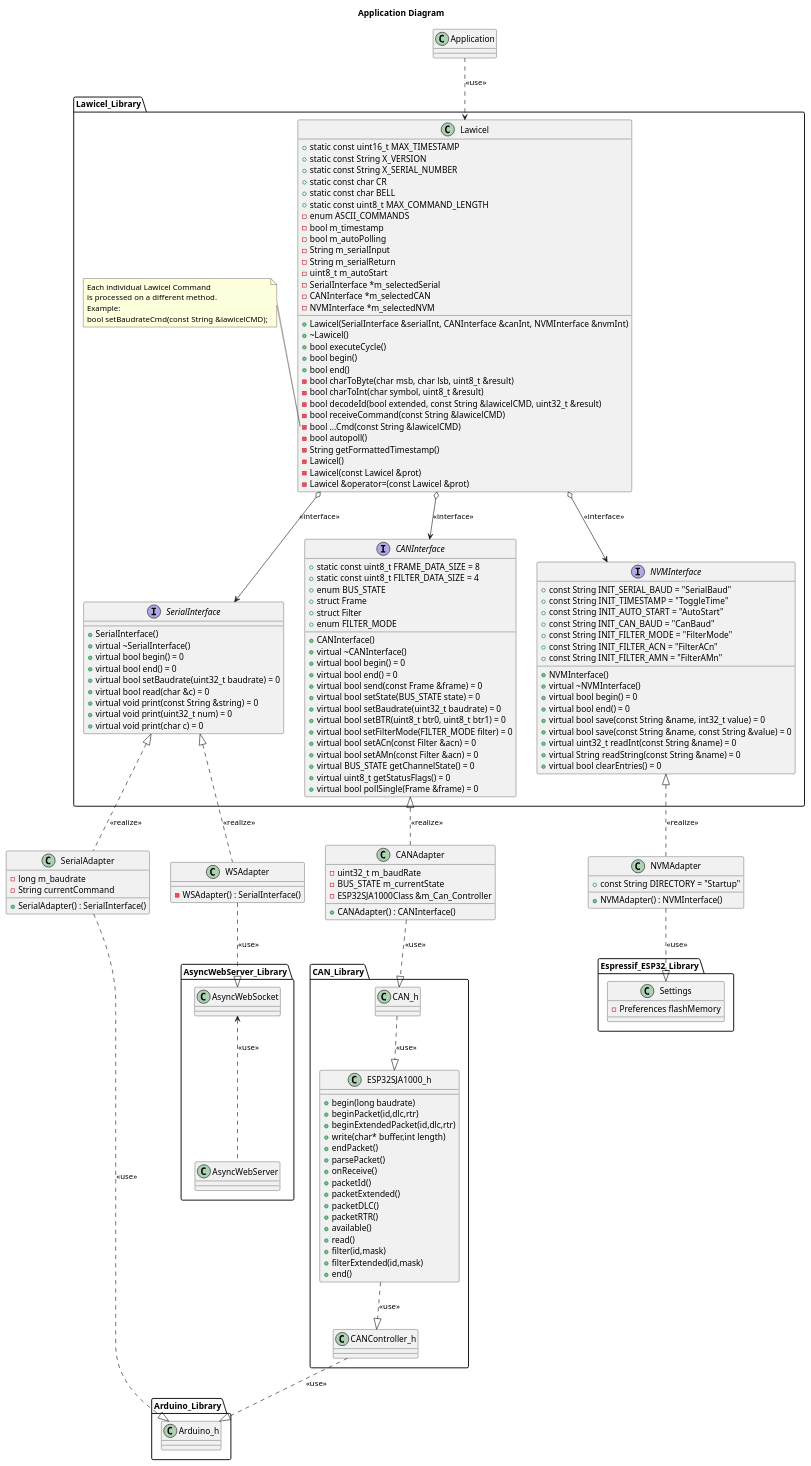
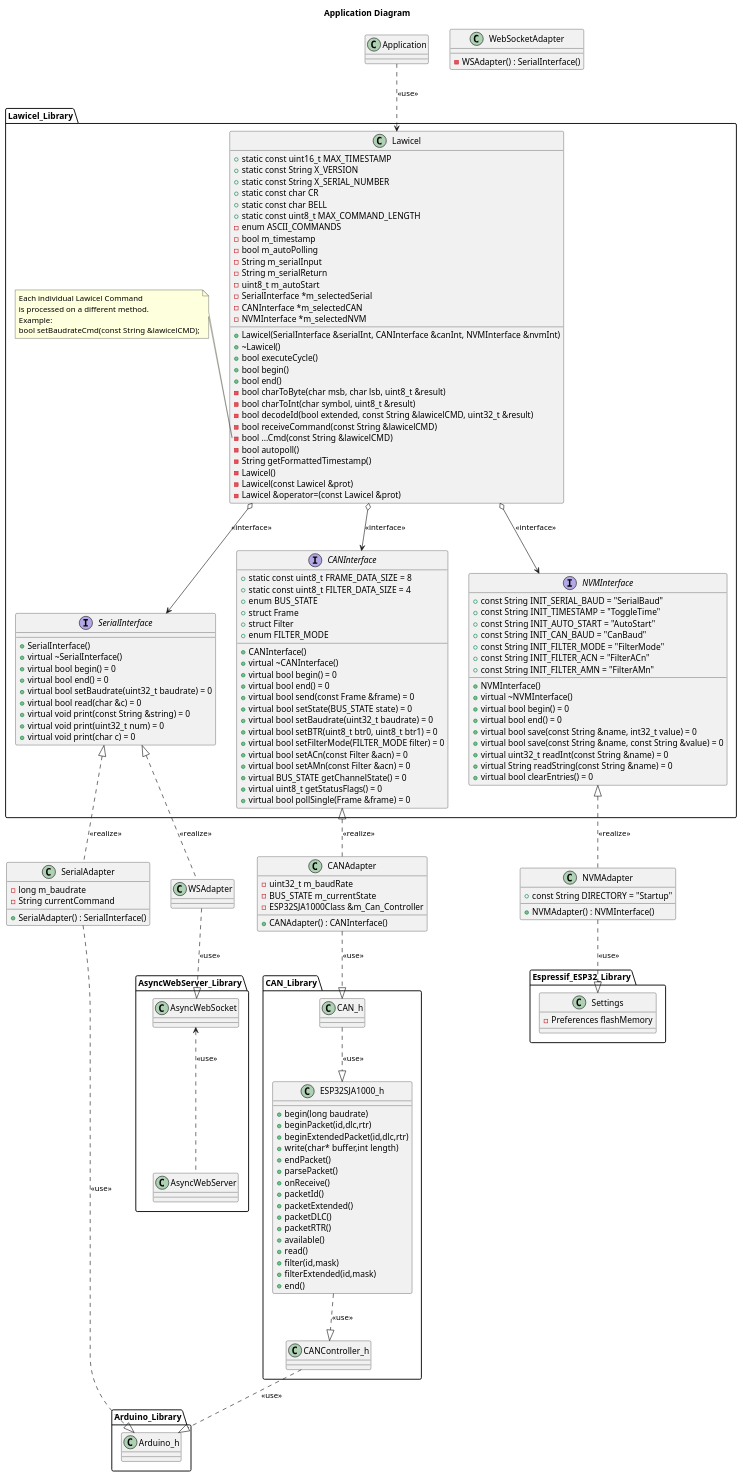
The diagram in Coding/fw/doc/design/Architecture_Lawicel.plantuml (NewTec-GmbH/esp32-can-iot), drawn with PlantUML before and after one commit.

Commit message:
Updated Lawicel UML Diagram

```diff
--- a/Coding/fw/doc/design/Architecture_Lawicel.plantuml
+++ b/Coding/fw/doc/design/Architecture_Lawicel.plantuml
@@ -1,187 +1,187 @@
 @startuml
 
 Title Application Diagram
 
 Class Application
 
 package Lawicel_Library <<Folder>>{
     Class Lawicel{
         +static const uint16_t MAX_TIMESTAMP
         +static const String X_VERSION
         +static const String X_SERIAL_NUMBER
         +static const char CR
         +static const char BELL
         +static const uint8_t MAX_COMMAND_LENGTH
         +Lawicel(SerialInterface &serialInt, CANInterface &canInt, NVMInterface &nvmInt)
         +~Lawicel()
         +bool executeCycle()
         +bool begin()
         +bool end()
         -enum ASCII_COMMANDS
         -bool charToByte(char msb, char lsb, uint8_t &result)
         -bool charToInt(char symbol, uint8_t &result)
         -bool decodeId(bool extended, const String &lawicelCMD, uint32_t &result)
         -bool receiveCommand(const String &lawicelCMD)
         -bool ...Cmd(const String &lawicelCMD)
         -bool autopoll()
         -String getFormattedTimestamp()
         -bool m_timestamp
         -bool m_autoPolling
         -String m_serialInput
         -String m_serialReturn
         -uint8_t m_autoStart
         -SerialInterface *m_selectedSerial
         -CANInterface *m_selectedCAN
         -NVMInterface *m_selectedNVM
         -Lawicel()
         -Lawicel(const Lawicel &prot)
         -Lawicel &operator=(const Lawicel &prot)
     }
 
     note left  of Lawicel::...Cmd
     Each individual Lawicel Command
     is processed on a different method.
     Example:
     bool setBaudrateCmd(const String &lawicelCMD);
     end note
 
     Application ..> Lawicel : <<use>>
 
     Interface SerialInterface{
         +SerialInterface()
         +virtual ~SerialInterface()
         +virtual bool begin() = 0
         +virtual bool end() = 0
         +virtual bool setBaudrate(uint32_t baudrate) = 0
         +virtual bool read(char &c) = 0
         +virtual void print(const String &string) = 0
         +virtual void print(uint32_t num) = 0
         +virtual void print(char c) = 0
     }
 
     Interface CANInterface {
         +static const uint8_t FRAME_DATA_SIZE = 8
         +static const uint8_t FILTER_DATA_SIZE = 4
         +enum BUS_STATE
         +struct Frame
         +struct Filter
         +enum FILTER_MODE
         +CANInterface()
         +virtual ~CANInterface()
         +virtual bool begin() = 0
         +virtual bool end() = 0
         +virtual bool send(const Frame &frame) = 0
         +virtual bool setState(BUS_STATE state) = 0
         +virtual bool setBaudrate(uint32_t baudrate) = 0
         +virtual bool setBTR(uint8_t btr0, uint8_t btr1) = 0
         +virtual bool setFilterMode(FILTER_MODE filter) = 0
         +virtual bool setACn(const Filter &acn) = 0
         +virtual bool setAMn(const Filter &acn) = 0
         +virtual BUS_STATE getChannelState() = 0
         +virtual uint8_t getStatusFlags() = 0
         +virtual bool pollSingle(Frame &frame) = 0
     }
 
     Interface NVMInterface{
         +const String INIT_SERIAL_BAUD = "SerialBaud"
         +const String INIT_TIMESTAMP = "ToggleTime"
         +const String INIT_AUTO_START = "AutoStart"
         +const String INIT_CAN_BAUD = "CanBaud"
         +const String INIT_FILTER_MODE = "FilterMode"
         +const String INIT_FILTER_ACN = "FilterACn"
         +const String INIT_FILTER_AMN = "FilterAMn"
         +NVMInterface()
         +virtual ~NVMInterface()
         +virtual bool begin() = 0
         +virtual bool end() = 0
         +virtual bool save(const String &name, int32_t value) = 0
         +virtual bool save(const String &name, const String &value) = 0
         +virtual uint32_t readInt(const String &name) = 0
         +virtual String readString(const String &name) = 0
         +virtual bool clearEntries() = 0
     }
 
     Lawicel o--> SerialInterface : <<interface>>
     Lawicel o--> CANInterface : <<interface>>
     Lawicel o--> NVMInterface : <<interface>>
 }
 
 Class SerialAdapter{
     +SerialAdapter() : SerialInterface()
     -long m_baudrate
     -String currentCommand
 }
 
 Class CANAdapter{
     +CANAdapter() : CANInterface()
     -uint32_t m_baudRate
     -BUS_STATE m_currentState
     -ESP32SJA1000Class &m_Can_Controller
 }
 
 Class NVMAdapter{
     +const String DIRECTORY = "Startup"
     +NVMAdapter() : NVMInterface()
 }
 
-Class WSAdapter{
+Class WebSocketAdapter{
     -WSAdapter() : SerialInterface()
 }
 
 NVMInterface <|.down. NVMAdapter : <<realize>>
 SerialInterface <|.down. SerialAdapter : <<realize>>
 CANInterface <|.down. CANAdapter : <<realize>>
 SerialInterface <|.down. WSAdapter : <<realize>>
 
 package Espressif_ESP32_Library{
     Class Settings{
 
         -Preferences flashMemory
     }
 }
 
 NVMAdapter ..|> Settings : <<use>>
 
 package Arduino_Library{
     Class Arduino_h
     Arduino_h  <|.up. SerialAdapter : <<use>>
 }
 
 package CAN_Library <<Folder>>{
     Class CAN_h
     Class ESP32SJA1000_h{
         +begin(long baudrate)
         +beginPacket(id,dlc,rtr)
         +beginExtendedPacket(id,dlc,rtr)
         +write(char* buffer,int length)
         +endPacket()
         +parsePacket()
         +onReceive()
         +packetId()
         +packetExtended()
         +packetDLC()
         +packetRTR()
         +available()
         +read()
         +filter(id,mask)
         +filterExtended(id,mask)
         +end()
     }
     Class CANController_h
     CAN_h  <|.up. CANAdapter: <<use>>
     ESP32SJA1000_h  <|.up. CAN_h: <<use>>
     CANController_h  <|.up. ESP32SJA1000_h: <<use>>
     Arduino_h  <|.up. CANController_h: <<use>>
 }
 
 package AsyncWebServer_Library <<Folder>>{
     class AsyncWebServer
     class AsyncWebSocket
 
     AsyncWebSocket <.. AsyncWebServer : <<use>>
 }
 
 WSAdapter ..|> AsyncWebSocket : <<use>>
 
 
 @enduml
```
